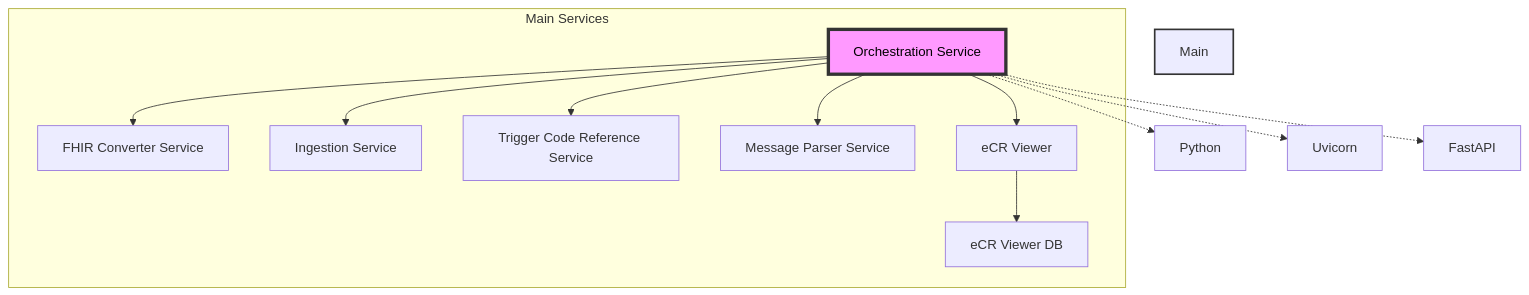
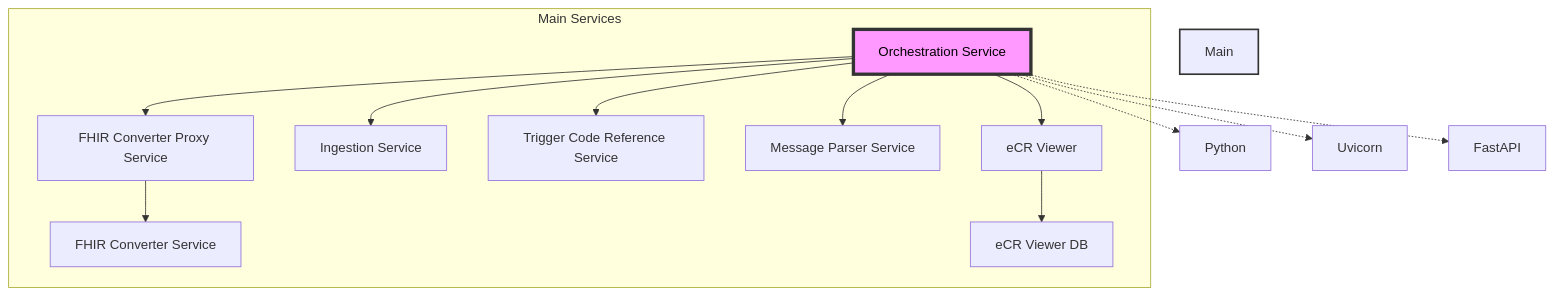
One commit to CDCgov/dibbs-ecr-viewer changed the first of 2 diagrams in containers/orchestration/README.md. Above: the diagram before and after it, drawn with Mermaid. The commit also changed 2 other files, not shown here.

Commit message:
Updating READMEs

````diff
--- a/containers/orchestration/README.md
+++ b/containers/orchestration/README.md
@@ -110,23 +110,24 @@
 ```mermaid
 graph TD
     subgraph Main Services
         A[Orchestration Service]
-        A --> B[FHIR Converter Service]
+        A --> B[FHIR Converter Proxy Service]
+        B --> H[FHIR Converter Service]
         A --> C[Ingestion Service]
         A --> D[Trigger Code Reference Service]
         A --> E[Message Parser Service]
         A --> F[eCR Viewer]
         F --> G[eCR Viewer DB]
     end
 
     M[Python]
     N[Uvicorn]
     O[FastAPI]
 
     A -.-> M
     A -.-> N
     A -.-> O
 
     style A fill:#f9f,stroke:#333,stroke-width:4px,color:#000
     style Main Services fill:#bbf,stroke:#333,stroke-width:2px
 ```
````
